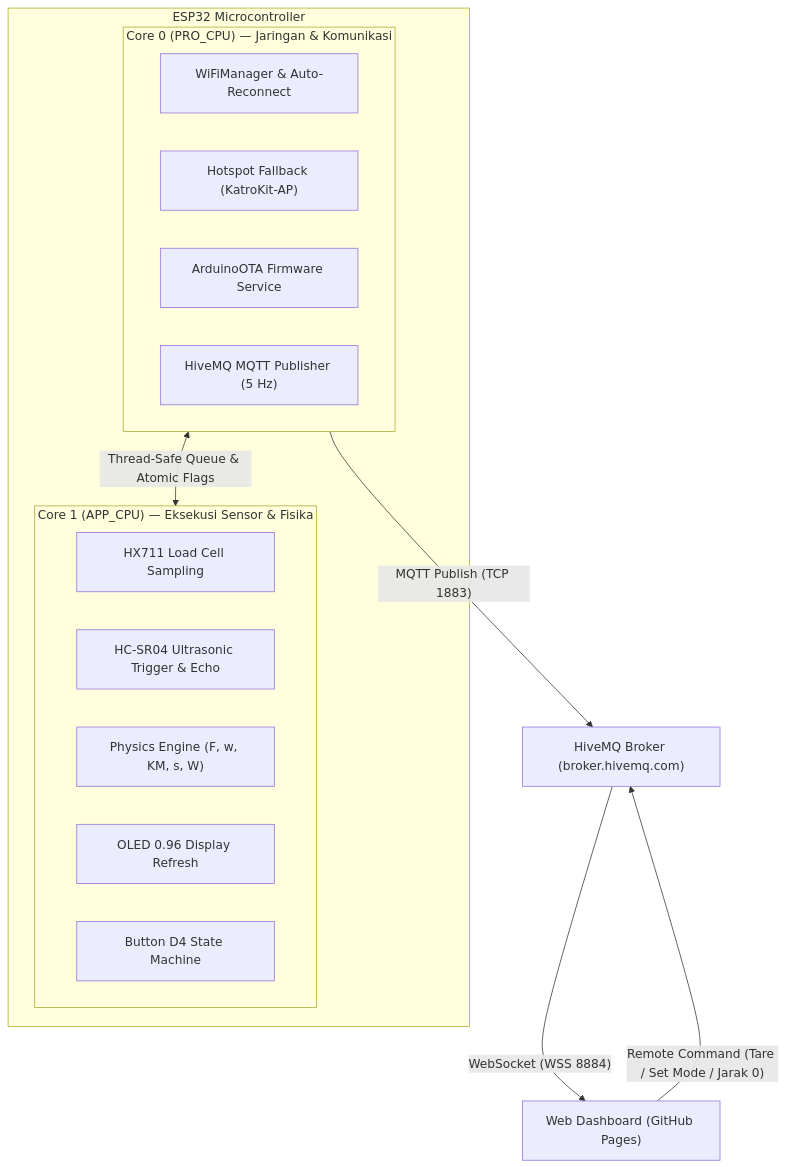
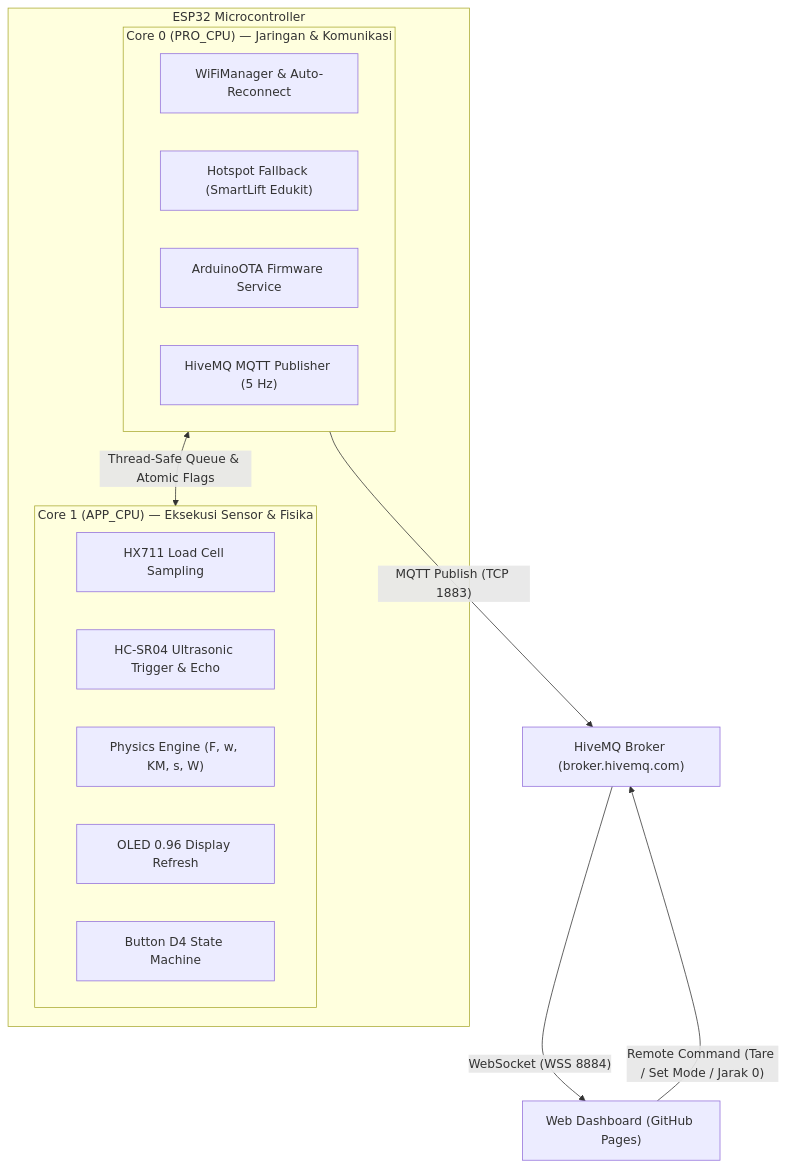
One commit to syahrilTGR/KatroKit_esp32 changed the diagram in README.md. Above: the diagram before and after it, drawn with Mermaid. The commit also changed other lines of this file and 1 other file, not shown here.

Commit message:
docs: update WiFi AP hotspot name to SmartLift Edukit

````diff
--- a/README.md
+++ b/README.md
@@ -65,25 +65,25 @@
 ```mermaid
 flowchart TD
   subgraph ESP32 ["ESP32 Microcontroller"]
     subgraph Core0 ["Core 0 (PRO_CPU) — Jaringan & Komunikasi"]
       WIFI["WiFiManager & Auto-Reconnect"]
-      AP["Hotspot Fallback (KatroKit-AP)"]
+      AP["Hotspot Fallback (SmartLift Edukit)"]
       OTA["ArduinoOTA Firmware Service"]
       MQTT["HiveMQ MQTT Publisher (5 Hz)"]
     end
 
     subgraph Core1 ["Core 1 (APP_CPU) — Eksekusi Sensor & Fisika"]
       HX["HX711 Load Cell Sampling"]
       US["HC-SR04 Ultrasonic Trigger & Echo"]
       CALC["Physics Engine (F, w, KM, s, W)"]
       OLED["OLED 0.96 Display Refresh"]
       BTN["Button D4 State Machine"]
     end
 
     Core0 <-->|"Thread-Safe Queue & Atomic Flags"| Core1
   end
 
   Core0 -->|"MQTT Publish (TCP 1883)"| HiveMQ["HiveMQ Broker (broker.hivemq.com)"]
   HiveMQ -->|"WebSocket (WSS 8884)"| Web["Web Dashboard (GitHub Pages)"]
   Web -->|"Remote Command (Tare / Set Mode / Jarak 0)"| HiveMQ
 ```
````
